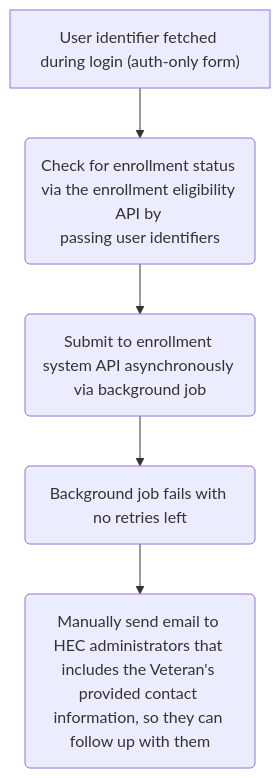
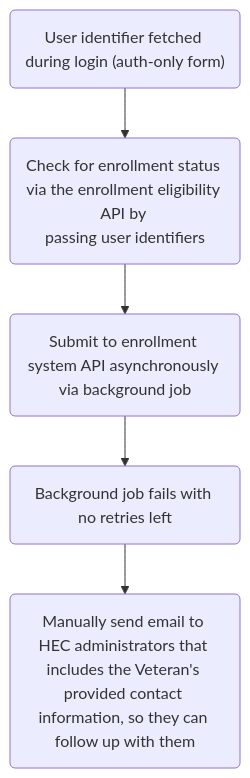
One commit to department-of-veterans-affairs/va.gov-team changed the diagram in products/health-care/application/va-application/engineering/10-10EZR Flow Chart.md. Above: the diagram before and after it, drawn with Mermaid.

Commit message:
Update 10-10EZR Flow Chart.md

````diff
--- a/products/health-care/application/va-application/engineering/10-10EZR Flow Chart.md
+++ b/products/health-care/application/va-application/engineering/10-10EZR Flow Chart.md
@@ -1,8 +1,8 @@
 ```mermaid
 flowchart TD
-    A["User identifier fetched during login (auth-only form)"]
+    A("User identifier fetched during login (auth-only form)")
     A --> B(Check for enrollment status via the enrollment eligibility API by <br/>passing user identifiers)
     B --> C(Submit to enrollment system API asynchronously via background job)
     C --> D(Background job fails with no retries left)
     D --> E(Manually send email to HEC administrators that includes the Veteran's provided contact information, so they can follow up with them)
 ```
````
